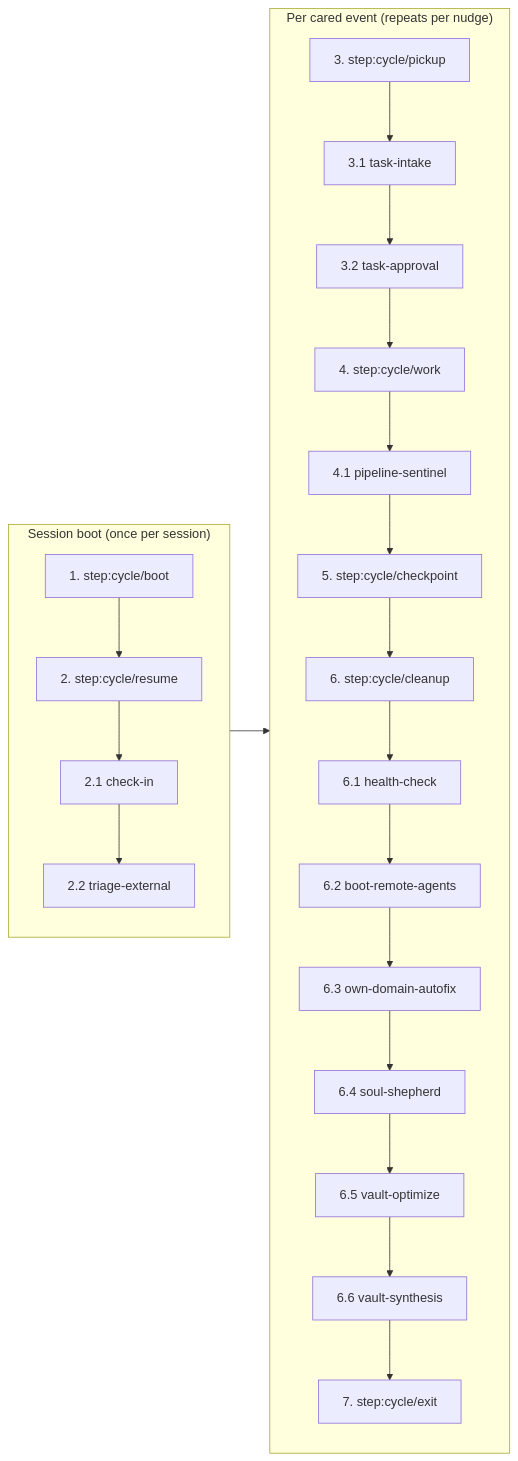
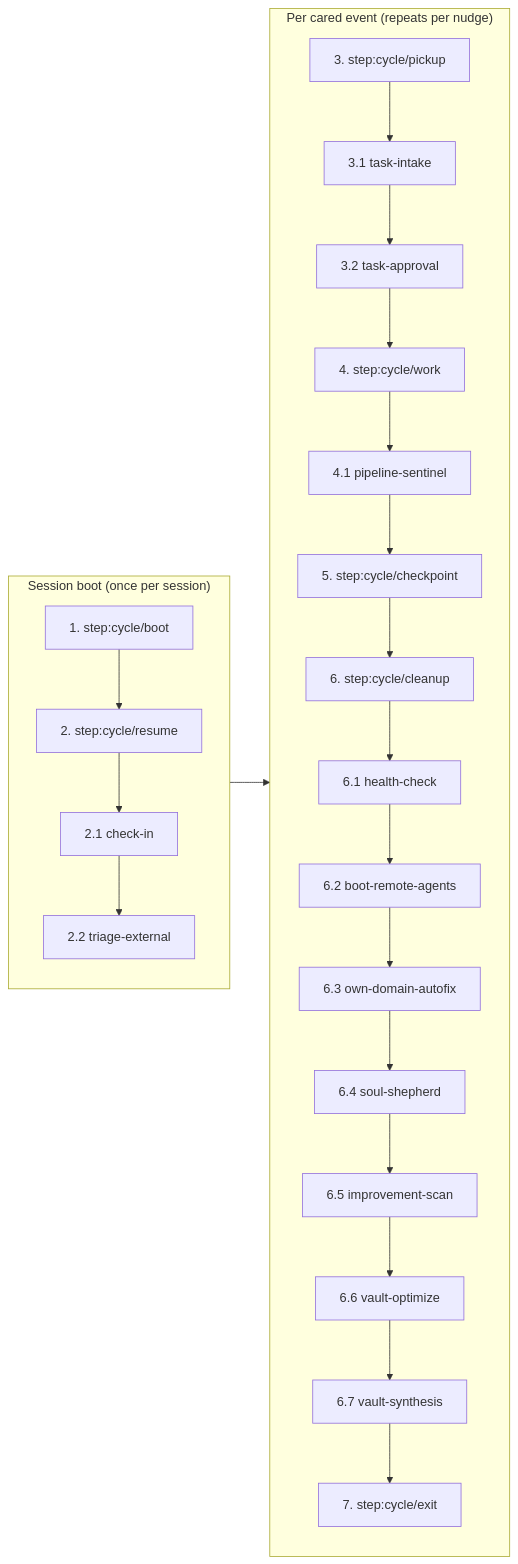
Before and after one commit to WallyDoodlez/SquidSquad: the fourth of 4 diagrams in .squidsquad/pm/CLAUDE.linked.md, drawn with Mermaid. The commit also changed other lines of this file and 6 other files, not shown here.

````diff
--- a/.squidsquad/pm/CLAUDE.linked.md
+++ b/.squidsquad/pm/CLAUDE.linked.md
@@ -442,42 +442,44 @@
 ```mermaid
 flowchart LR
     subgraph SessionBoot["Session boot (once per session)"]
         S1["1. step:cycle/boot"]
         S2["2. step:cycle/resume"]
         S2_1["2.1 check-in"]
         S2_2["2.2 triage-external"]
     end
     subgraph WalkLoop["Per cared event (repeats per nudge)"]
         S3["3. step:cycle/pickup"]
         S3_1["3.1 task-intake"]
         S3_2["3.2 task-approval"]
         S4["4. step:cycle/work"]
         S4_1["4.1 pipeline-sentinel"]
         S5["5. step:cycle/checkpoint"]
         S6["6. step:cycle/cleanup"]
         S6_1["6.1 health-check"]
         S6_2["6.2 boot-remote-agents"]
         S6_3["6.3 own-domain-autofix"]
         S6_4["6.4 soul-shepherd"]
-        S6_5["6.5 vault-optimize"]
-        S6_6["6.6 vault-synthesis"]
+        S6_5["6.5 improvement-scan"]
+        S6_6["6.6 vault-optimize"]
+        S6_7["6.7 vault-synthesis"]
         S7["7. step:cycle/exit"]
     end
     S1 --> S2
     S2 --> S2_1
     S2_1 --> S2_2
     S3 --> S3_1
     S3_1 --> S3_2
     S3_2 --> S4
     S4 --> S4_1
     S4_1 --> S5
     S5 --> S6
     S6 --> S6_1
     S6_1 --> S6_2
     S6_2 --> S6_3
     S6_3 --> S6_4
     S6_4 --> S6_5
     S6_5 --> S6_6
-    S6_6 --> S7
+    S6_6 --> S6_7
+    S6_7 --> S7
     SessionBoot --> WalkLoop
 ```
````
